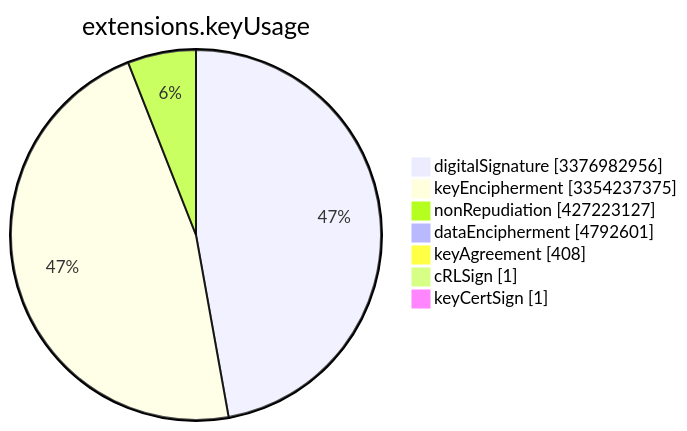
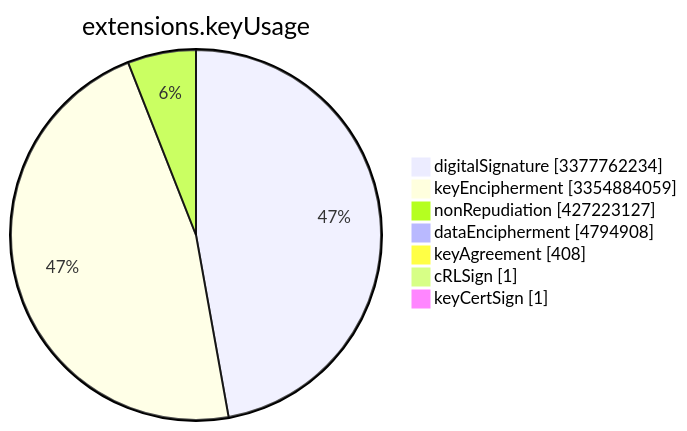
The sixth of 15 diagrams in TOTAL/README.md (christiankrug/ctmonitor_visualization), drawn with Mermaid before and after one commit. The commit also changed other lines of this file, not shown here.

````diff
--- a/TOTAL/README.md
+++ b/TOTAL/README.md
@@ -3079,11 +3079,11 @@
 ```mermaid
 pie showData
 title extensions.keyUsage
-"digitalSignature" :3376982956
-"keyEncipherment" :3354237375
+"digitalSignature" :3377762234
+"keyEncipherment" :3354884059
 "nonRepudiation" :427223127
-"dataEncipherment" :4792601
+"dataEncipherment" :4794908
 "keyAgreement" :408
 "cRLSign" :1
 "keyCertSign" :1
 ```
````
